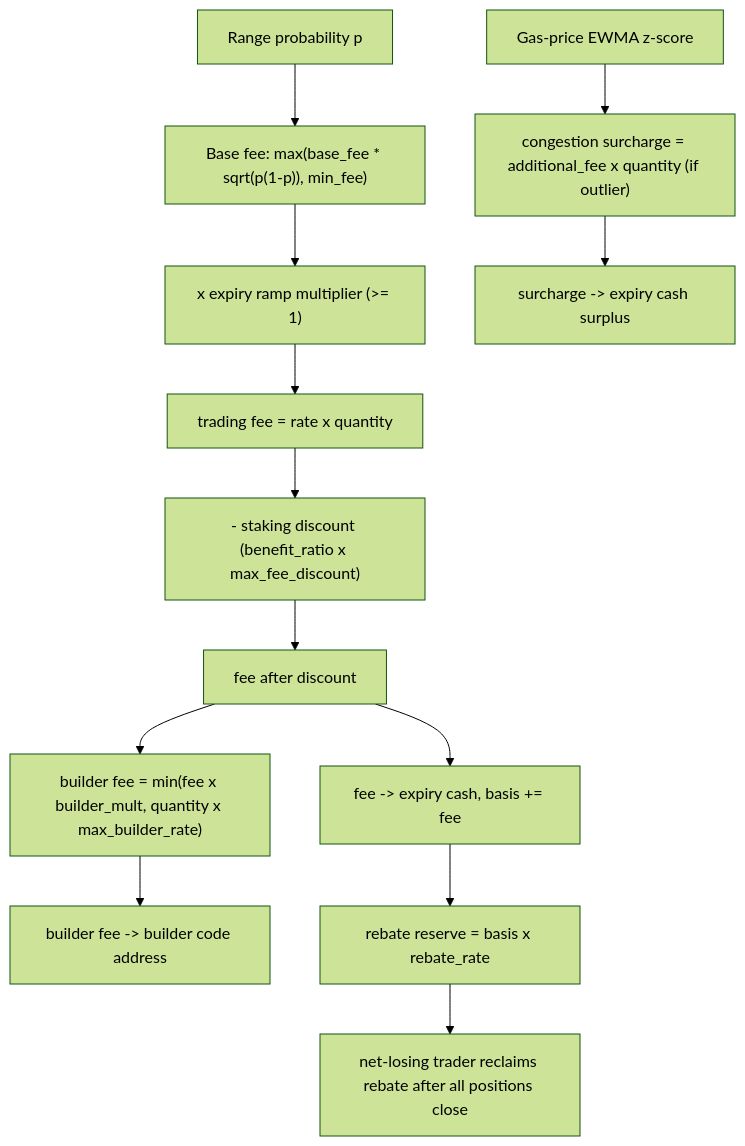
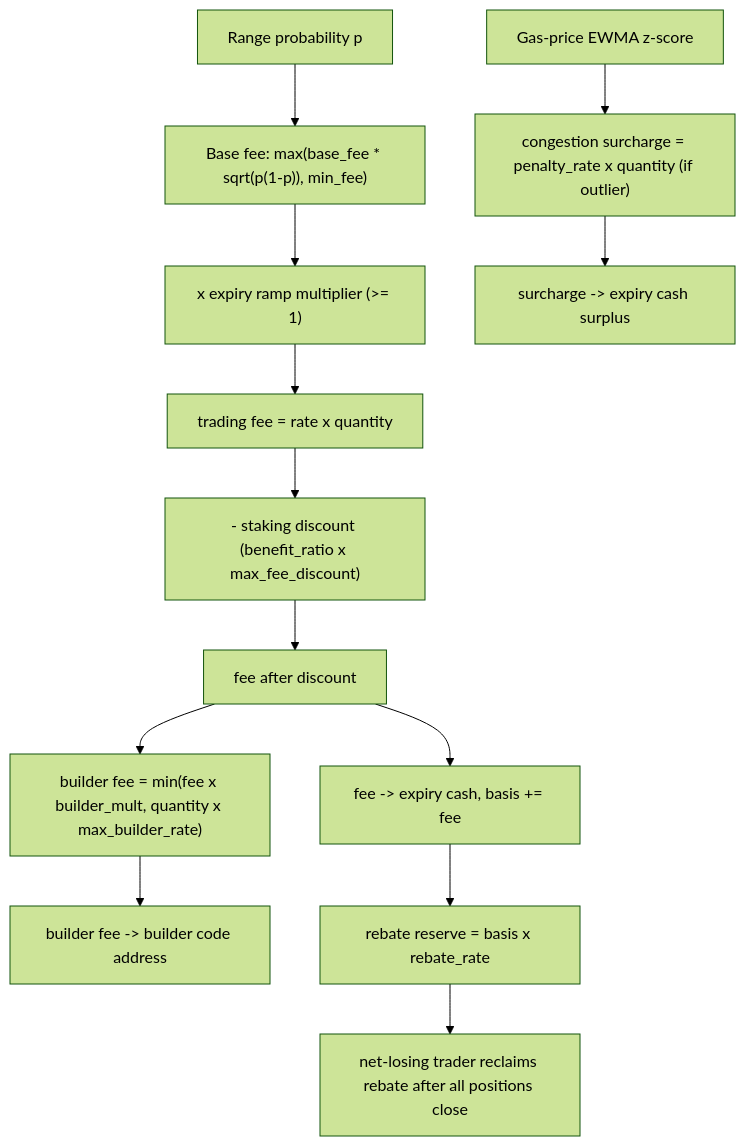
One commit to MystenLabs/deepbookv3 changed the diagram in packages/predict/docs/concepts/fees-and-rebates.md. Above: the diagram before and after it, drawn with Mermaid (forest theme). The commit also changed other lines of this file and 47 other files, not shown here.

````diff
--- a/packages/predict/docs/concepts/fees-and-rebates.md
+++ b/packages/predict/docs/concepts/fees-and-rebates.md
@@ -157,15 +157,15 @@
 ```mermaid
 flowchart TD
     P[Range probability p] --> BF["Base fee: max(base_fee * sqrt(p(1-p)), min_fee)"]
     BF --> RAMP["x expiry ramp multiplier (>= 1)"]
     RAMP --> FEE[trading fee = rate x quantity]
     FEE --> DISC["- staking discount (benefit_ratio x max_fee_discount)"]
     DISC --> NETFEE[fee after discount]
     NETFEE --> BUILD["builder fee = min(fee x builder_mult, quantity x max_builder_rate)"]
-    GAS[Gas-price EWMA z-score] --> CONG["congestion surcharge = additional_fee x quantity (if outlier)"]
+    GAS[Gas-price EWMA z-score] --> CONG["congestion surcharge = penalty_rate x quantity (if outlier)"]
     NETFEE --> COLLECT[fee -> expiry cash, basis += fee]
     BUILD --> BUILDER[builder fee -> builder code address]
     CONG --> SURPLUS[surcharge -> expiry cash surplus]
     COLLECT --> RESERVE["rebate reserve = basis x rebate_rate"]
     RESERVE --> CLAIM[net-losing trader reclaims rebate after all positions close]
 ```
````
